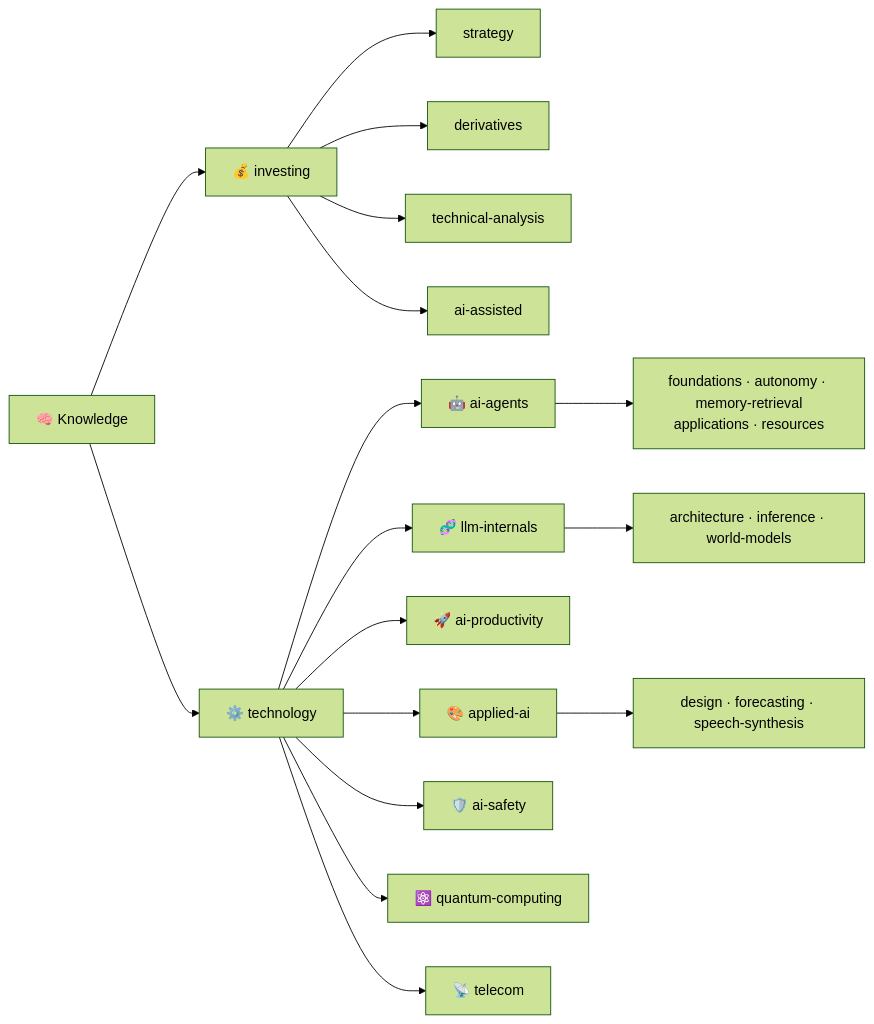
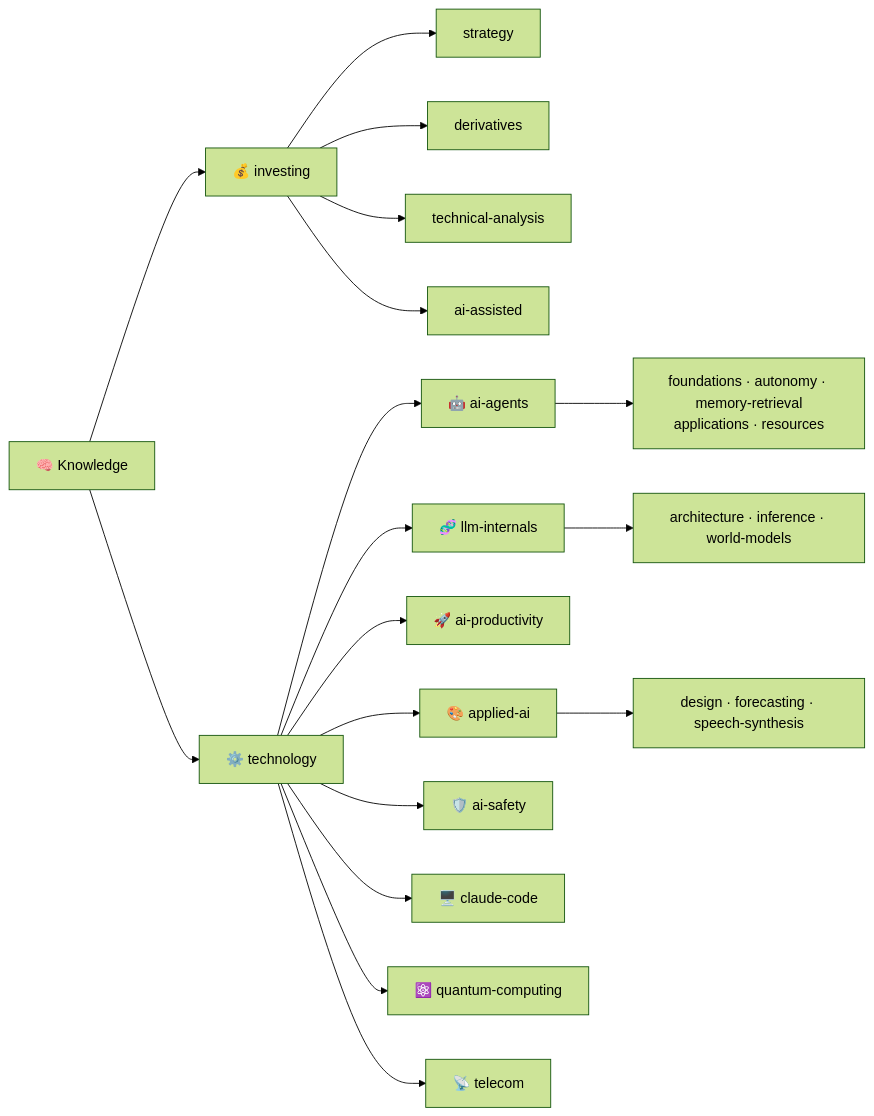
The diagram in README.md (shooter2062424/Knowledge), drawn with Mermaid (forest theme) before and after one commit. The commit also changed other lines of this file and 1 other file, not shown here.

First line of the commit message:
新增「Claude Code:搬目錄後保住 --continue 對話歷史」筆記

````diff
--- a/README.md
+++ b/README.md
@@ -25,19 +25,20 @@
 ```mermaid
 flowchart LR
     K["🧠 Knowledge"] --> I["💰 investing"]
     K --> T["⚙️ technology"]
     I --> I1["strategy"]
     I --> I2["derivatives"]
     I --> I3["technical-analysis"]
     I --> I4["ai-assisted"]
     T --> T1["🤖 ai-agents"]
     T --> T2["🧬 llm-internals"]
     T --> T3["🚀 ai-productivity"]
     T --> T4["🎨 applied-ai"]
     T --> T7["🛡️ ai-safety"]
+    T --> T8["🖥️ claude-code"]
     T --> T6["⚛️ quantum-computing"]
     T --> T5["📡 telecom"]
     T1 --> T1a["foundations · autonomy · memory-retrieval<br/>applications · resources"]
     T2 --> T2a["architecture · inference · world-models"]
     T4 --> T4a["design · forecasting · speech-synthesis"]
 ```
````
